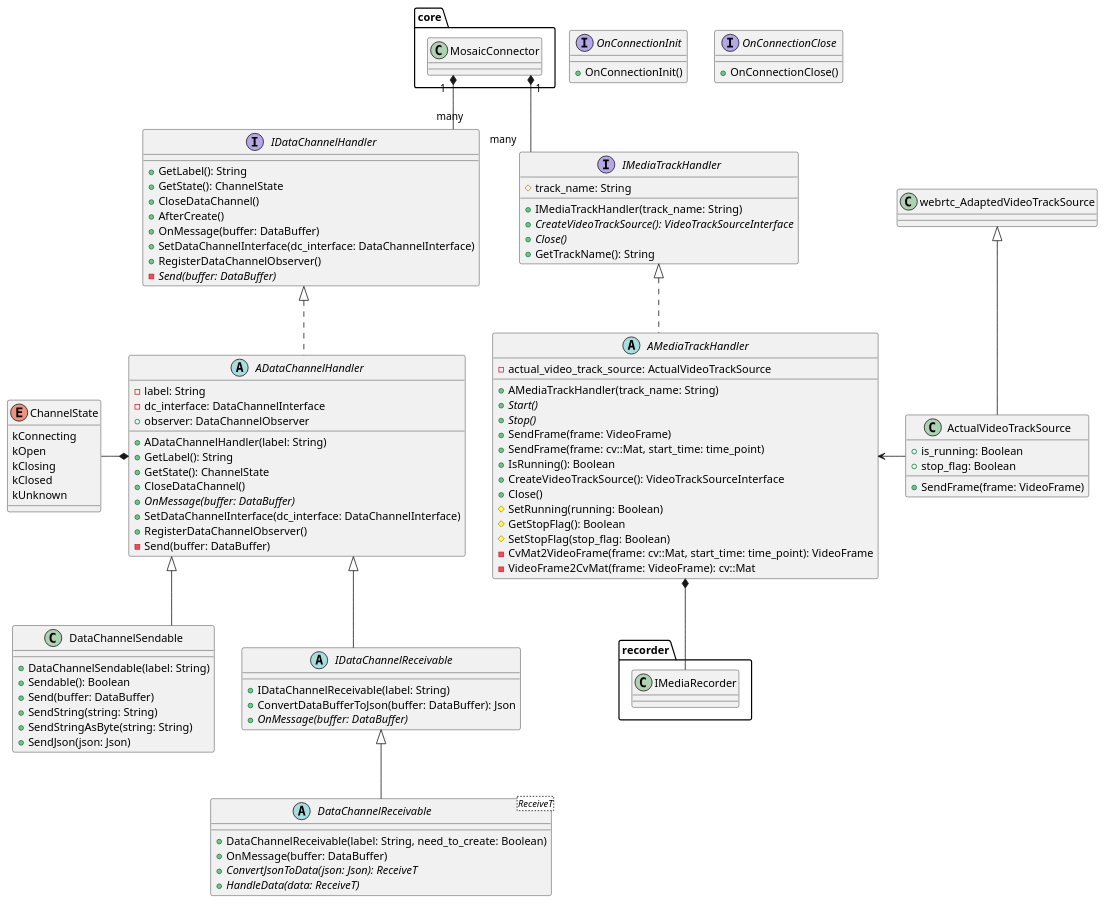
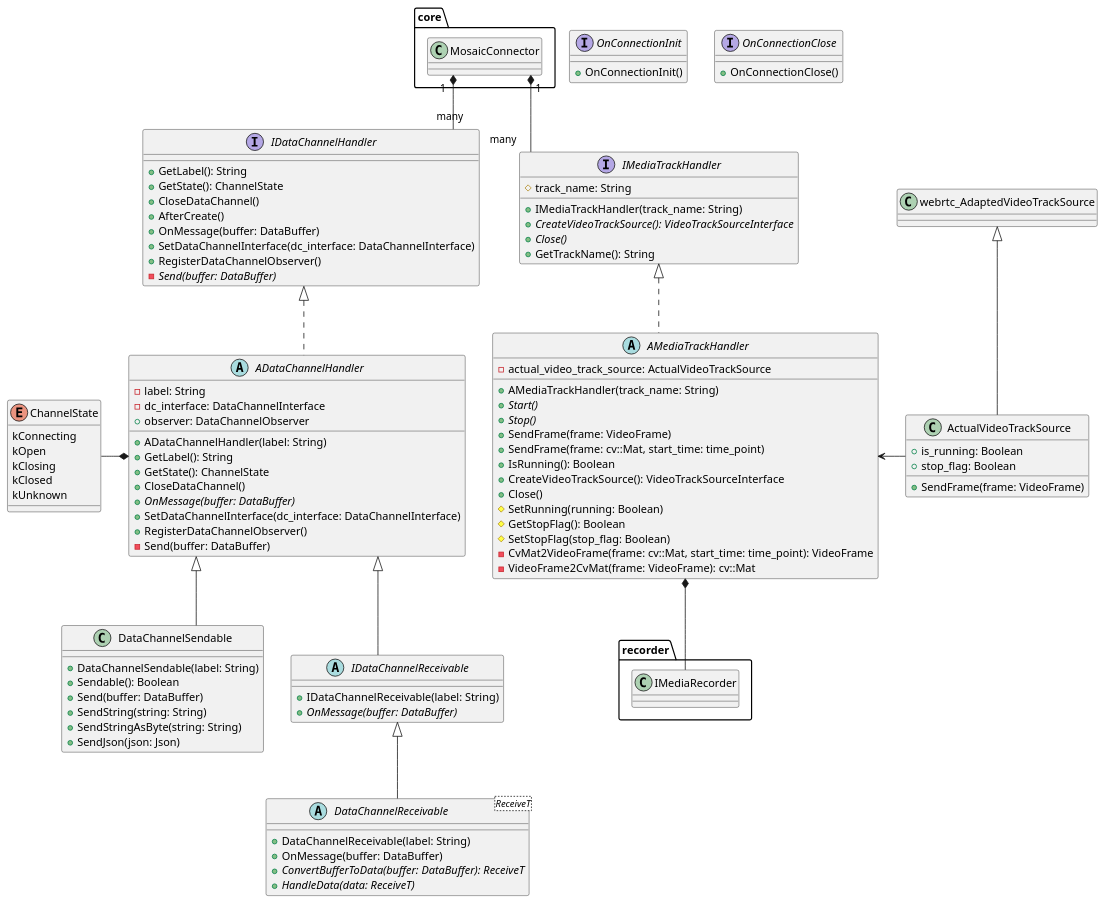
The diagram in docs/diagrams/handler/class_handler.puml (ACSL-MOSAIC/mosaic-core), drawn with PlantUML before and after one commit. The commit also changed 2 other files, not shown here.

Commit message:
- refactor: update IDataChannelReceivable and DataChannelReceivable classes for improved data handling

```diff
--- a/docs/diagrams/handler/class_handler.puml
+++ b/docs/diagrams/handler/class_handler.puml
@@ -1,119 +1,118 @@
 @startuml
 'https://plantuml.com/class-diagram
 skinparam linetype ortho
 
 package core {
     class MosaicConnector {}
 }
 
 interface IDataChannelHandler {
     + GetLabel(): String
     + GetState(): ChannelState
     + CloseDataChannel()
     + AfterCreate()
     + OnMessage(buffer: DataBuffer)
     + SetDataChannelInterface(dc_interface: DataChannelInterface)
     + RegisterDataChannelObserver()
     - {abstract} Send(buffer: DataBuffer)
 }
 
 
 abstract class ADataChannelHandler implements IDataChannelHandler {
     - label: String
     - dc_interface: DataChannelInterface
     + observer: DataChannelObserver
 
     + ADataChannelHandler(label: String)
     + GetLabel(): String
     + GetState(): ChannelState
     + CloseDataChannel()
     + {abstract} OnMessage(buffer: DataBuffer)
     + SetDataChannelInterface(dc_interface: DataChannelInterface)
     + RegisterDataChannelObserver()
     - Send(buffer: DataBuffer)
 }
 
 class DataChannelSendable extends ADataChannelHandler {
     + DataChannelSendable(label: String)
     + Sendable(): Boolean
     + Send(buffer: DataBuffer)
     + SendString(string: String)
     + SendStringAsByte(string: String)
     + SendJson(json: Json)
 }
 
 abstract class IDataChannelReceivable extends ADataChannelHandler {
     + IDataChannelReceivable(label: String)
-    + ConvertDataBufferToJson(buffer: DataBuffer): Json
     + {abstract} OnMessage(buffer: DataBuffer)
 }
 
 abstract class DataChannelReceivable<ReceiveT> extends IDataChannelReceivable {
-    + DataChannelReceivable(label: String, need_to_create: Boolean)
+    + DataChannelReceivable(label: String)
     + OnMessage(buffer: DataBuffer)
-    + {abstract} ConvertJsonToData(json: Json): ReceiveT
+    + {abstract} ConvertBufferToData(buffer: DataBuffer): ReceiveT
     + {abstract} HandleData(data: ReceiveT)
 }
 
 enum ChannelState {
     kConnecting
     kOpen
     kClosing
     kClosed
     kUnknown
 }
 ChannelState -* ADataChannelHandler
 
 interface IMediaTrackHandler {
     # track_name: String
     + IMediaTrackHandler(track_name: String)
     + {abstract} CreateVideoTrackSource(): VideoTrackSourceInterface
     + {abstract} Close()
     + GetTrackName(): String
 }
 
 abstract class AMediaTrackHandler implements IMediaTrackHandler {
     - actual_video_track_source: ActualVideoTrackSource
     + AMediaTrackHandler(track_name: String)
     + {abstract} Start()
     + {abstract} Stop()
     + SendFrame(frame: VideoFrame)
     + SendFrame(frame: cv::Mat, start_time: time_point)
     + IsRunning(): Boolean
     + CreateVideoTrackSource(): VideoTrackSourceInterface
     + Close()
     # SetRunning(running: Boolean)
     # GetStopFlag(): Boolean
     # SetStopFlag(stop_flag: Boolean)
     - CvMat2VideoFrame(frame: cv::Mat, start_time: time_point): VideoFrame
     - VideoFrame2CvMat(frame: VideoFrame): cv::Mat
 }
 
 class ActualVideoTrackSource {
     + is_running: Boolean
     + stop_flag: Boolean
     + SendFrame(frame: VideoFrame)
 }
 webrtc_AdaptedVideoTrackSource <|-- ActualVideoTrackSource
 AMediaTrackHandler <- ActualVideoTrackSource
 
 package recorder {
     class IMediaRecorder {}
 }
 AMediaTrackHandler *-- IMediaRecorder
 
 
 
 
 
 interface OnConnectionInit {
     + OnConnectionInit()
 }
 interface OnConnectionClose {
     + OnConnectionClose()
 }
 
 MosaicConnector "1" *-- "many" IDataChannelHandler
 MosaicConnector "1" *-- "many" IMediaTrackHandler
 
 @enduml
```
